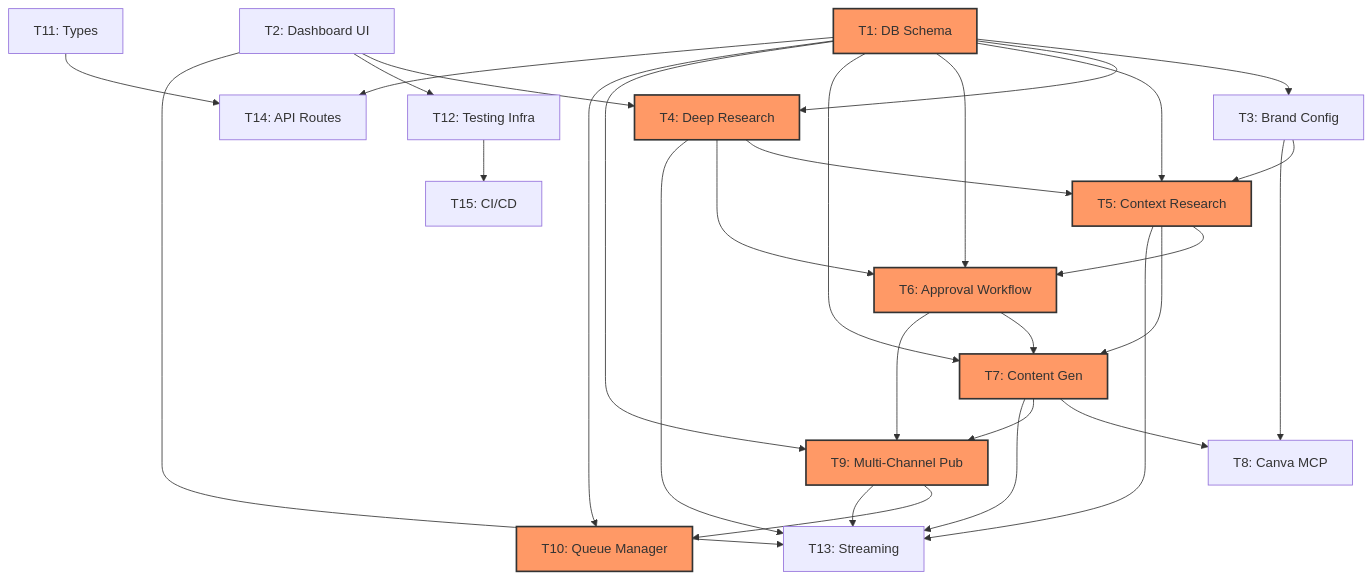
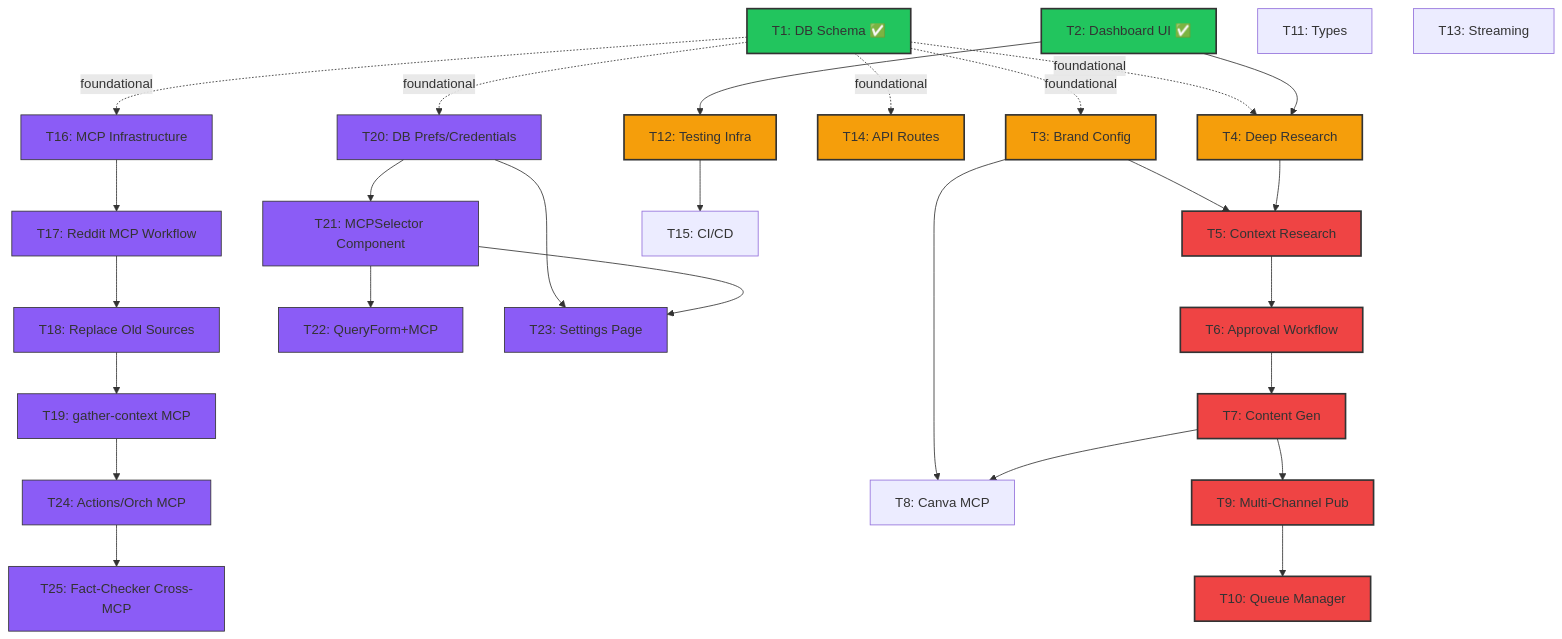
Before and after one commit to alchimie-di-circe/Inngest-RESEARCH---Next-15: the diagram in .taskmaster/reports/PARALLELIZATION-report.md, drawn with Mermaid. The commit also changed other lines of this file and 663 other files, not shown here.

````diff
--- a/.taskmaster/reports/PARALLELIZATION-report.md
+++ b/.taskmaster/reports/PARALLELIZATION-report.md
@@ -7,62 +12,83 @@
 ```mermaid
 graph TD
-    %% Nodes
-    T1[T1: DB Schema]
-    T2[T2: Dashboard UI]
+    %% Phase 1 - COMPLETED
+    T1[T1: DB Schema ✅]
+    T2[T2: Dashboard UI ✅]
+    T11[T11: Types]
+    
+    %% Phase 2 - IN PROGRESS
     T3[T3: Brand Config]
     T4[T4: Deep Research]
+    T12[T12: Testing Infra]
+    T14[T14: API Routes]
+    
+    %% Phase 2.5 - MCP PRODUCTION TASKS
+    T16[T16: MCP Infrastructure]
+    T17[T17: Reddit MCP Workflow]
+    T18[T18: Replace Old Sources]
+    T19[T19: gather-context MCP]
+    T20[T20: DB Prefs/Credentials]
+    T21[T21: MCPSelector Component]
+    T22[T22: QueryForm+MCP]
+    T23[T23: Settings Page]
+    T24[T24: Actions/Orch MCP]
+    T25[T25: Fact-Checker Cross-MCP]
+    
+    %% Phase 3 - Intelligence Chain
     T5[T5: Context Research]
     T6[T6: Approval Workflow]
     T7[T7: Content Gen]
+    
+    %% Phase 4 - Integrations
     T8[T8: Canva MCP]
     T9[T9: Multi-Channel Pub]
     T10[T10: Queue Manager]
-    T11[T11: Types]
-    T12[T12: Testing Infra]
     T13[T13: Streaming]
-    T14[T14: API Routes]
     T15[T15: CI/CD]
 
-    %% Dependencies
-    T1 --> T3
-    T1 --> T4
-    T1 --> T5
-    T1 --> T6
-    T1 --> T7
-    T1 --> T9
-    T1 --> T10
-    T1 --> T14
-    
+    %% Dependencies - Phase 1
+    T1 -.->|foundational| T3
+    T1 -.->|foundational| T4
+    T1 -.->|foundational| T14
+    T1 -.->|foundational| T16
+    T1 -.->|foundational| T20
     T2 --> T4
     T2 --> T12
-    T2 --> T13
 
+    %% Dependencies - Phase 2.5 MCP Backend Stream
+    T16 --> T17
+    T17 --> T18
+    T18 --> T19
+    T19 --> T24
+    T24 --> T25
+
+    %% Dependencies - Phase 2.5 MCP UI Stream
+    T20 --> T21
+    T21 --> T22
+    T20 --> T23
+    T21 --> T23
+
+    %% Dependencies - Phase 3
     T3 --> T5
+    T4 --> T5
+    T5 --> T6
+    T6 --> T7
+
+    %% Dependencies - Phase 4
     T3 --> T8
-
-    T4 --> T5
-    T4 --> T6
-    T4 --> T13
-
-    T5 --> T6
-    T5 --> T7
-    T5 --> T13
-
-    T6 --> T7
-    T6 --> T9
-
     T7 --> T8
     T7 --> T9
-    T7 --> T13
-
     T9 --> T10
-    T9 --> T13
-
-    T11 --> T14
-    
     T12 --> T15
 
     %% Styling
-    classDef critical fill:#f96,stroke:#333,stroke-width:2px;
-    class T1,T4,T5,T6,T7,T9,T10 critical;
+    classDef done fill:#22c55e,stroke:#333,stroke-width:2px;
+    classDef active fill:#f59e0b,stroke:#333,stroke-width:2px;
+    classDef mcp fill:#8b5cf6,stroke:#333,stroke-width:1px;
+    classDef critical fill:#ef4444,stroke:#333,stroke-width:2px;
+    
+    class T1,T2 done;
+    class T3,T4,T12,T14 active;
+    class T16,T17,T18,T19,T20,T21,T22,T23,T24,T25 mcp;
+    class T5,T6,T7,T9,T10 critical;
 ```
````
